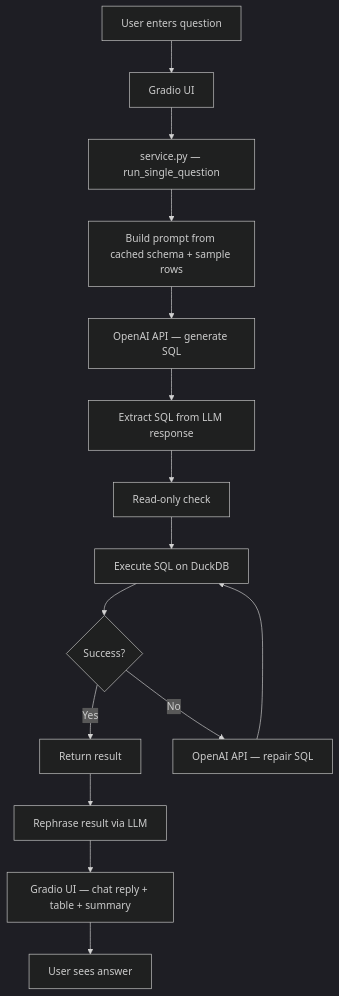
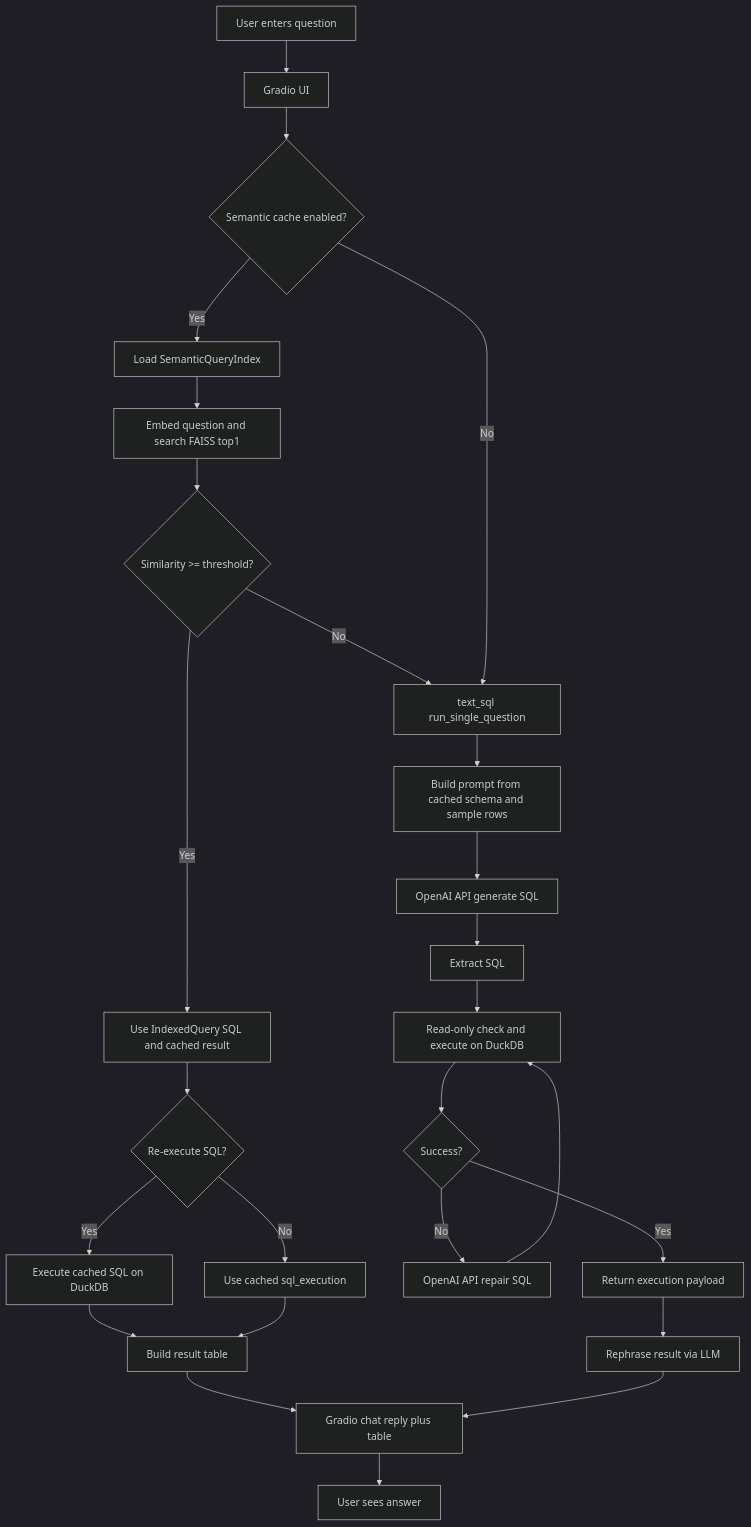
The second of 2 diagrams in docs/ProjectStatus.md (Hrsh-12/talk2data), drawn with Mermaid (dark theme) before and after one commit. The commit also changed other lines of this file and 45 other files, not shown here.

````diff
--- a/docs/ProjectStatus.md
+++ b/docs/ProjectStatus.md
@@ -330,17 +381,28 @@
 ```mermaid
 flowchart TD
     A[User enters question] --> B[Gradio UI]
-    B --> C[service.py — run_single_question]
-    C --> D[Build prompt from cached schema + sample rows]
-    D --> E[OpenAI API — generate SQL]
-    E --> F[Extract SQL from LLM response]
-    F --> G[Read-only check]
-    G --> H[Execute SQL on DuckDB]
-    H --> I{Success?}
-    I -- Yes --> K[Return result]
-    I -- No --> J[OpenAI API — repair SQL]
-    J --> H
-    K --> L[Rephrase result via LLM]
-    L --> M[Gradio UI — chat reply + table + summary]
-    M --> N[User sees answer]
+    B --> C{"Semantic cache enabled?"}
+    C -- Yes --> D[Load SemanticQueryIndex]
+    D --> E[Embed question and search FAISS top1]
+    E --> F{"Similarity >= threshold?"}
+    F -- Yes --> G[Use IndexedQuery SQL and cached result]
+    G --> H{"Re-execute SQL?"}
+    H -- Yes --> I[Execute cached SQL on DuckDB]
+    H -- No --> J[Use cached sql_execution]
+    I --> K[Build result table]
+    J --> K
+    F -- No --> L[text_sql run_single_question]
+    C -- No --> L
+    L --> M[Build prompt from cached schema and sample rows]
+    M --> N[OpenAI API generate SQL]
+    N --> O[Extract SQL]
+    O --> P[Read-only check and execute on DuckDB]
+    P --> Q{"Success?"}
+    Q -- No --> R[OpenAI API repair SQL]
+    R --> P
+    Q -- Yes --> S[Return execution payload]
+    S --> T[Rephrase result via LLM]
+    K --> U[Gradio chat reply plus table]
+    T --> U
+    U --> V[User sees answer]
 ```
````
